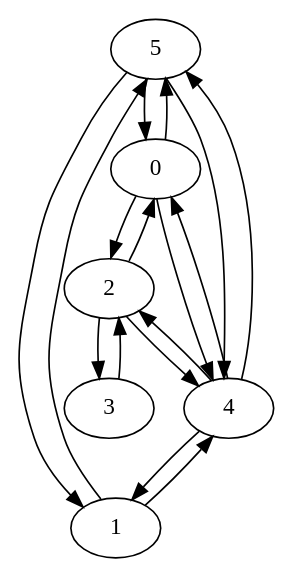
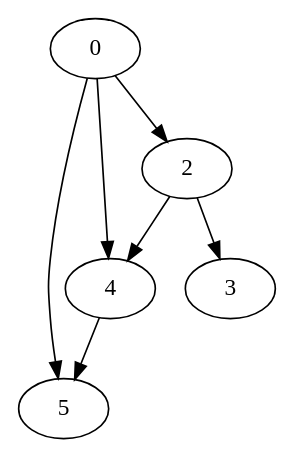
The diagram in out.dot (IAmTheMage/Grafos2022), drawn with Graphviz before and after one commit. The commit also changed 6 other files, not shown here.

```diff
--- a/out.dot
+++ b/out.dot
@@ -1,8 +1,5 @@
 digraph D {
-5 -> {0,1,4}
-1 -> {4,5}
-4 -> {0,1,2,5}
+4 -> {5}
+2 -> {3,4}
 0 -> {2,4,5}
-3 -> {2}
-2 -> {0,3,4}
 }
```
